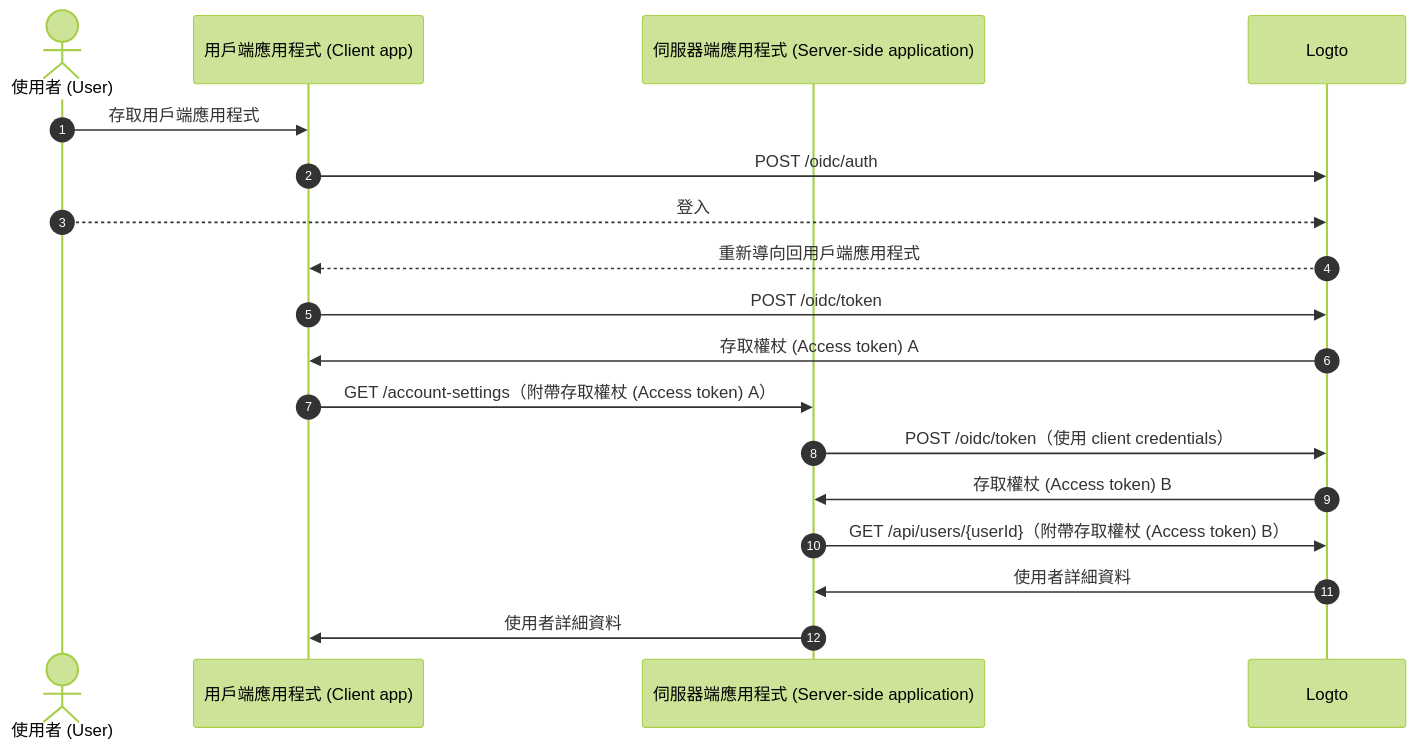
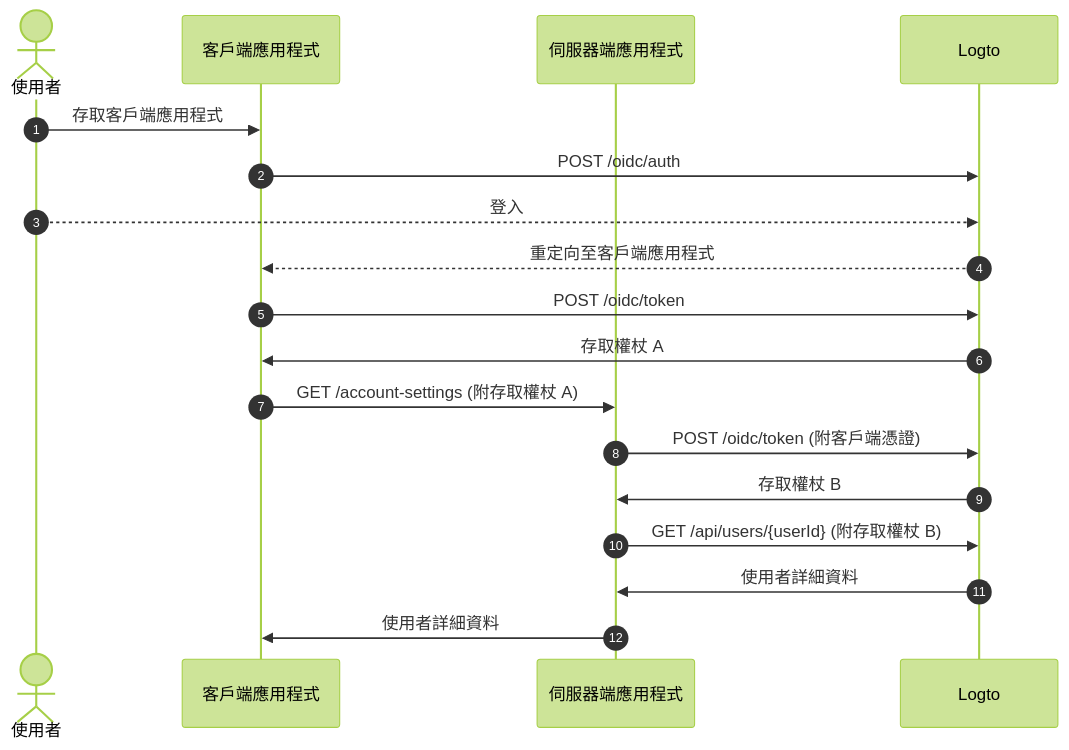
Before and after one commit to logto-io/docs: the second of 3 diagrams in i18n/zh-TW/docusaurus-plugin-content-docs/current/end-user-flows/account-settings/by-management-api.mdx, drawn with Mermaid (forest theme). The commit also changed other lines of this file and 102 other files, not shown here.

````diff
--- a/i18n/zh-TW/docusaurus-plugin-content-docs/current/end-user-flows/account-settings/by-management-api.mdx
+++ b/i18n/zh-TW/docusaurus-plugin-content-docs/current/end-user-flows/account-settings/by-management-api.mdx
@@ -27,21 +27,21 @@
 ```mermaid
   sequenceDiagram
     autonumber
-    actor User as 使用者 (User)
-    participant Client as 用戶端應用程式 (Client app)
-    participant Server as 伺服器端應用程式 (Server-side application)
+    actor User as 使用者
+    participant Client as 客戶端應用程式
+    participant Server as 伺服器端應用程式
     participant Logto as Logto
 
-    User ->> Client: 存取用戶端應用程式
+    User ->> Client: 存取客戶端應用程式
     Client ->> Logto: POST /oidc/auth
     User -->> Logto: 登入
-    Logto -->> Client: 重新導向回用戶端應用程式
+    Logto -->> Client: 重定向至客戶端應用程式
     Client ->> Logto: POST /oidc/token
-    Logto ->> Client: 存取權杖 (Access token) A
-    Client ->> Server: GET /account-settings（附帶存取權杖 (Access token) A）
-    Server ->> Logto: POST /oidc/token（使用 client credentials）
-    Logto ->> Server: 存取權杖 (Access token) B
-    Server ->> Logto: GET /api/users/{userId}（附帶存取權杖 (Access token) B）
+    Logto ->> Client: 存取權杖 A
+    Client ->> Server: GET /account-settings (附存取權杖 A)
+    Server ->> Logto: POST /oidc/token (附客戶端憑證)
+    Logto ->> Server: 存取權杖 B
+    Server ->> Logto: GET /api/users/{userId} (附存取權杖 B)
     Logto ->> Server: 使用者詳細資料
     Server ->> Client: 使用者詳細資料
 ```
````
